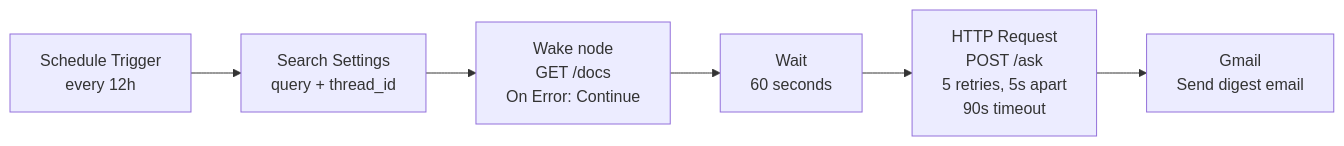
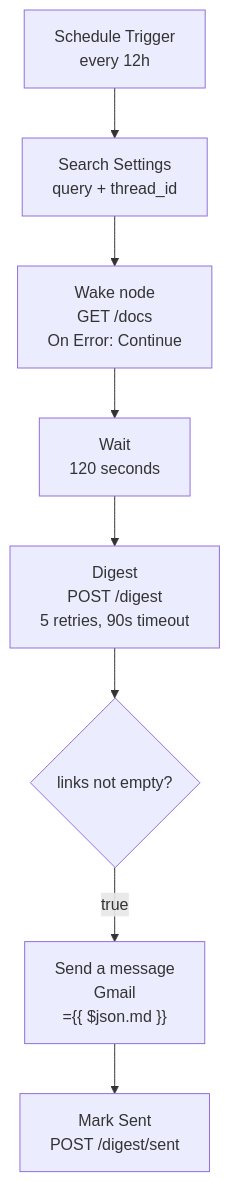
Before and after one commit to tsouk88/job-search-agent: the diagram in openwiki/operations/n8n-automation.md, drawn with Mermaid. The commit also changed other lines of this file and 30 other files, not shown here.

````diff
--- a/openwiki/operations/n8n-automation.md
+++ b/openwiki/operations/n8n-automation.md
@@ -29,8 +29,10 @@
 ```mermaid
-flowchart LR
+flowchart TD
     Sched["Schedule Trigger\nevery 12h"] --> Settings["Search Settings\nquery + thread_id"]
     Settings --> Wake["Wake node\nGET /docs\nOn Error: Continue"]
-    Wake --> Wait["Wait\n60 seconds"]
-    Wait --> Ask["HTTP Request\nPOST /ask\n5 retries, 5s apart\n90s timeout"]
-    Ask --> Gmail["Gmail\nSend digest email"]
+    Wake --> Wait["Wait\n120 seconds"]
+    Wait --> Digest["Digest\nPOST /digest\n5 retries, 90s timeout"]
+    Digest --> If{"links not empty?"}
+    If -->|true| Gmail["Send a message\nGmail\n={{ $json.md }}"]
+    Gmail --> MarkSent["Mark Sent\nPOST /digest/sent"]
 ```
````
